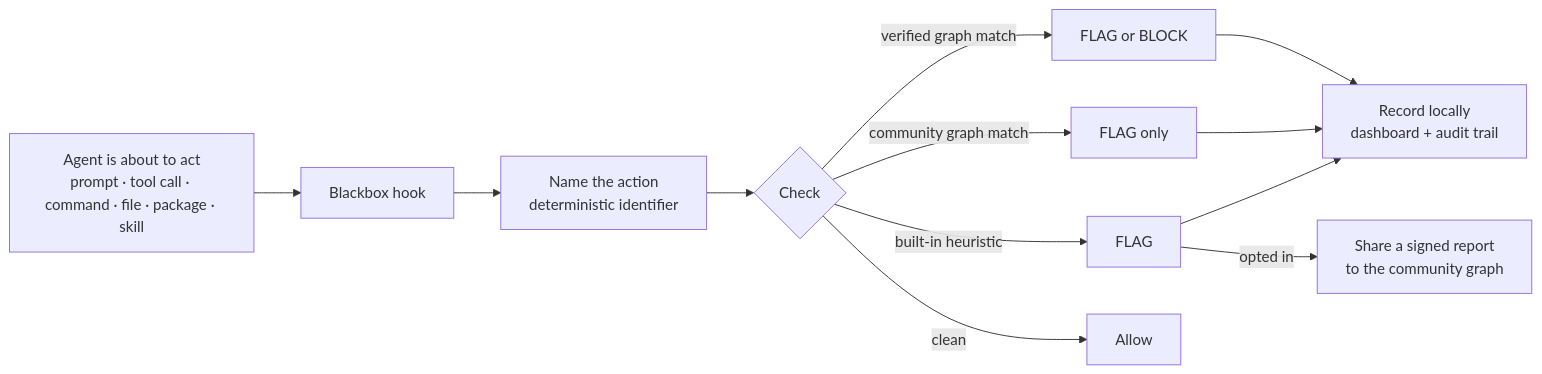
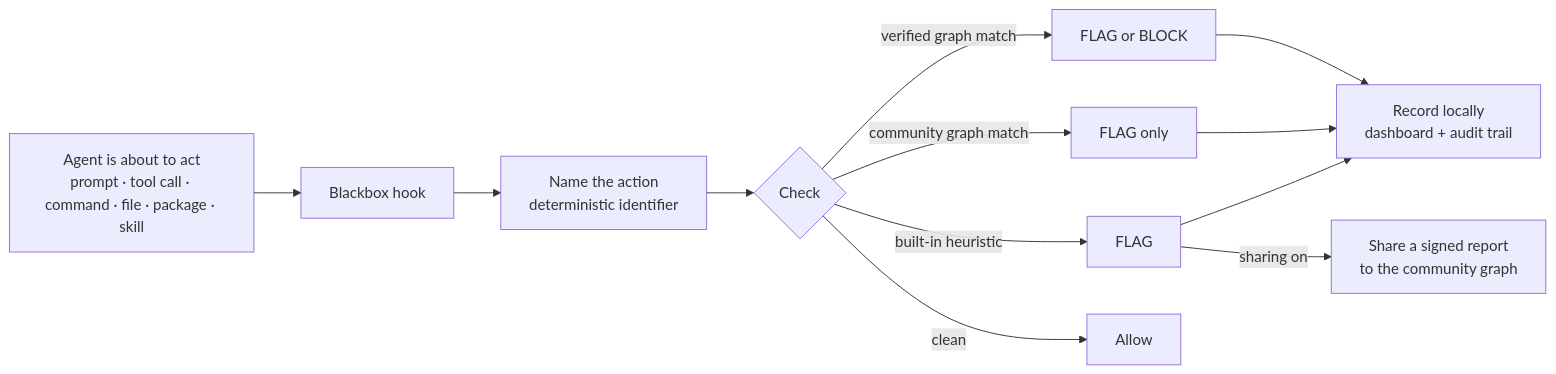
Before and after one commit to FamousAmos-ChillZone/agent-blackbox: the first of 6 diagrams in README.md, drawn with Mermaid. The commit also changed other lines of this file and 2 other files, not shown here.

````diff
--- a/README.md
+++ b/README.md
@@ -39,12 +39,12 @@
 ```mermaid
 flowchart LR
     A[Agent is about to act<br/>prompt · tool call · command · file · package · skill] --> B[Blackbox hook]
     B --> C[Name the action<br/>deterministic identifier]
     C --> D{Check}
     D -->|verified graph match| E[FLAG or BLOCK]
     D -->|community graph match| F[FLAG only]
     D -->|built-in heuristic| G[FLAG]
     D -->|clean| H[Allow]
     E & F & G --> I[Record locally<br/>dashboard + audit trail]
-    G -->|opted in| J[Share a signed report<br/>to the community graph]
+    G -->|sharing on| J[Share a signed report<br/>to the community graph]
 ```
````
